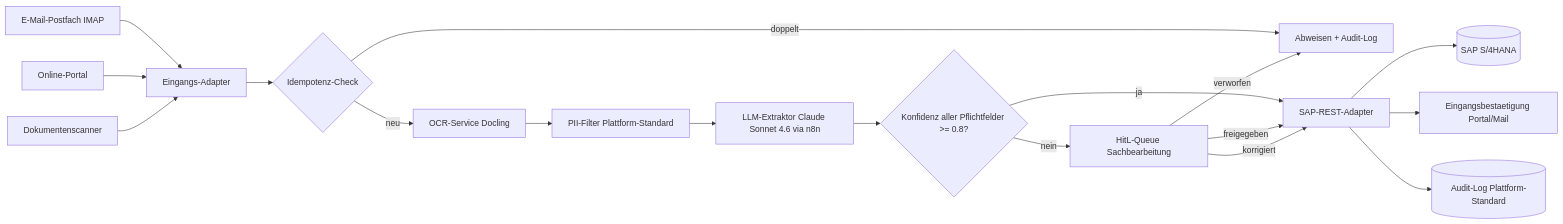
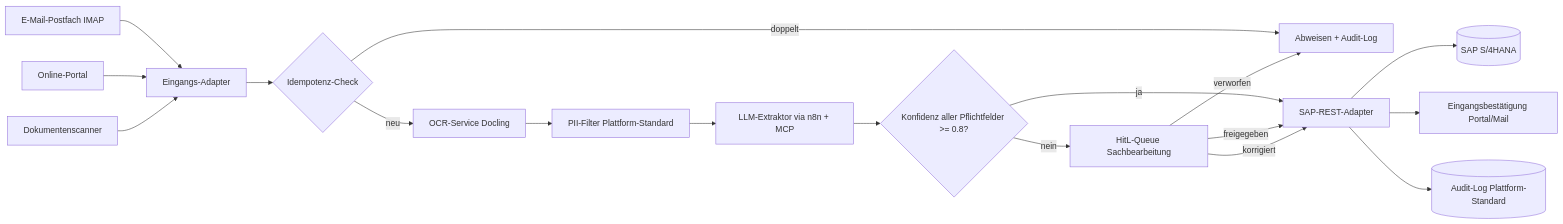
One commit to pg-coe-kmu/coe-factory changed the diagram in contracts/bc3 - bc4/mock/architecture.md. Above: the diagram before and after it, drawn with Mermaid. The commit also changed other lines of this file, not shown here.

First line of the commit message:
Revise architecture.md for UC-1 with compliance updates (#78)

````diff
--- a/contracts/bc3 - bc4/mock/architecture.md
+++ b/contracts/bc3 - bc4/mock/architecture.md
@@ -15,20 +17,20 @@
 ```mermaid
 flowchart LR
     A[E-Mail-Postfach IMAP] --> B[Eingangs-Adapter]
     P[Online-Portal] --> B
     S[Dokumentenscanner] --> B
     B --> H{Idempotenz-Check}
     H -- doppelt --> X[Abweisen + Audit-Log]
     H -- neu --> O[OCR-Service Docling]
     O --> F[PII-Filter Plattform-Standard]
-    F --> L[LLM-Extraktor Claude Sonnet 4.6 via n8n]
+    F --> L[LLM-Extraktor via n8n + MCP]
     L --> K{Konfidenz aller Pflichtfelder >= 0.8?}
     K -- ja --> M[SAP-REST-Adapter]
     K -- nein --> Q[HitL-Queue Sachbearbeitung]
     Q -- freigegeben --> M
     Q -- korrigiert --> M
     Q -- verworfen --> X
     M --> SAP[(SAP S/4HANA)]
-    M --> N[Eingangsbestaetigung Portal/Mail]
+    M --> N[Eingangsbestätigung Portal/Mail]
     M --> AL[(Audit-Log Plattform-Standard)]
 ```
````
